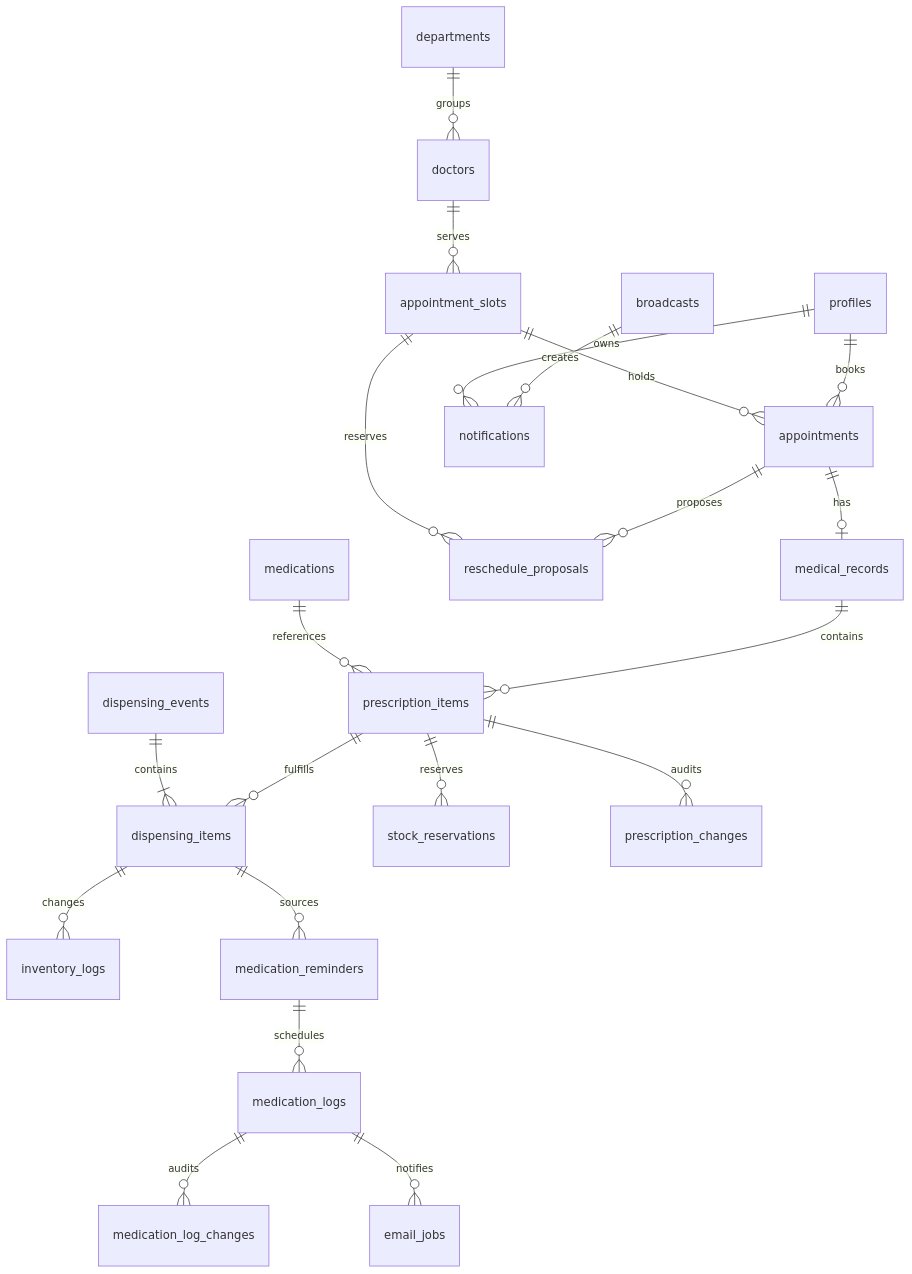
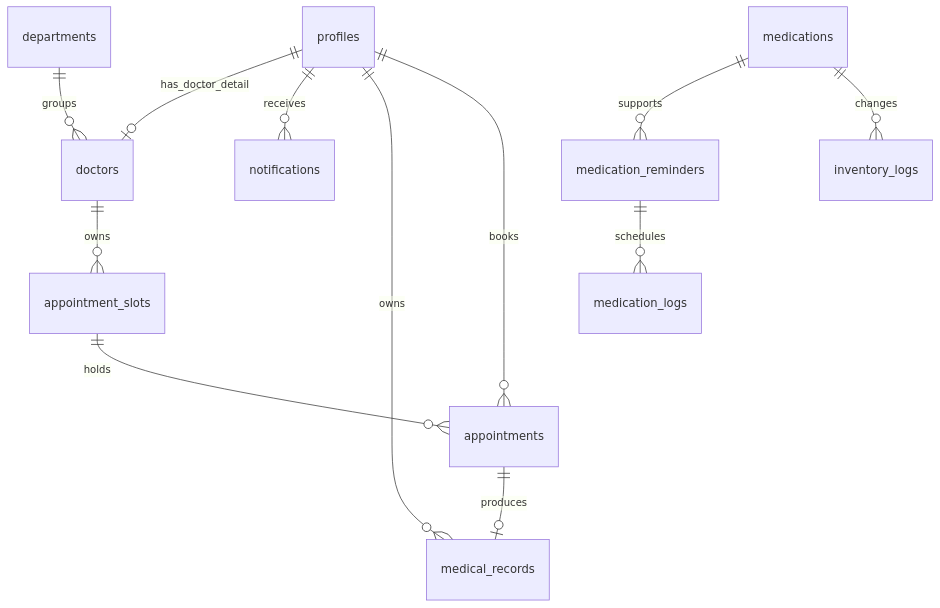
The diagram in docs/03_database_design_and_er.md (Supot77/Mini-Project-University-Health-Clinic-Appointment-and-Medication-Reminder-System), drawn with Mermaid before and after one commit. The commit also changed other lines of this file and 13 other files, not shown here.

Commit message:
docs: update current schema documentation

````diff
--- a/docs/03_database_design_and_er.md
+++ b/docs/03_database_design_and_er.md
@@ -31,23 +46,14 @@
 ```mermaid
 erDiagram
     profiles ||--o{ appointments : books
-    doctors ||--o{ appointment_slots : serves
+    profiles ||--o{ medical_records : owns
+    profiles ||--o{ notifications : receives
+    profiles ||--o| doctors : has_doctor_detail
     departments ||--o{ doctors : groups
+    doctors ||--o{ appointment_slots : owns
     appointment_slots ||--o{ appointments : holds
-    appointments ||--o| medical_records : has
-    appointments ||--o{ reschedule_proposals : proposes
-    appointment_slots ||--o{ reschedule_proposals : reserves
-    medical_records ||--o{ prescription_items : contains
-    medications ||--o{ prescription_items : references
-    prescription_items ||--o{ dispensing_items : fulfills
-    dispensing_events ||--|{ dispensing_items : contains
-    prescription_items ||--o{ stock_reservations : reserves
-    prescription_items ||--o{ prescription_changes : audits
-    dispensing_items ||--o{ inventory_logs : changes
-    dispensing_items ||--o{ medication_reminders : sources
+    appointments ||--o| medical_records : produces
+    medications ||--o{ inventory_logs : changes
+    medications ||--o{ medication_reminders : supports
     medication_reminders ||--o{ medication_logs : schedules
-    medication_logs ||--o{ medication_log_changes : audits
-    medication_logs ||--o{ email_jobs : notifies
-    broadcasts ||--o{ notifications : creates
-    profiles ||--o{ notifications : owns
 ```
````
